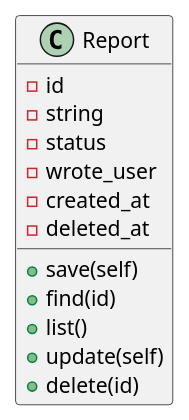
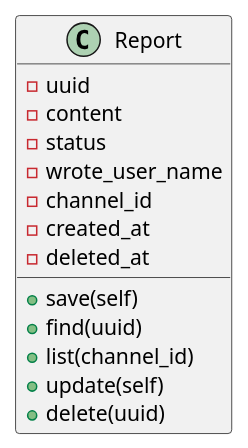
One commit to ito-masam/kpt-guard.doc changed the diagram in 1.design/6.datasets/report.md. Above: the diagram before and after it, drawn with PlantUML. The commit also changed 9 other files, not shown here.

```diff
--- a/1.design/6.datasets/report.md
+++ b/1.design/6.datasets/report.md
@@ -1,17 +1,18 @@
 @startuml
 
     class Report {
-      - id
-      - string
+      - uuid
+      - content
       - status
-      - wrote_user
+      - wrote_user_name
+      - channel_id
       - created_at
       - deleted_at
       + save(self)
-      + find(id)
-      + list()
+      + find(uuid)
+      + list(channel_id)
       + update(self)
-      + delete(id)
+      + delete(uuid)
     }
 
 @enduml
```
